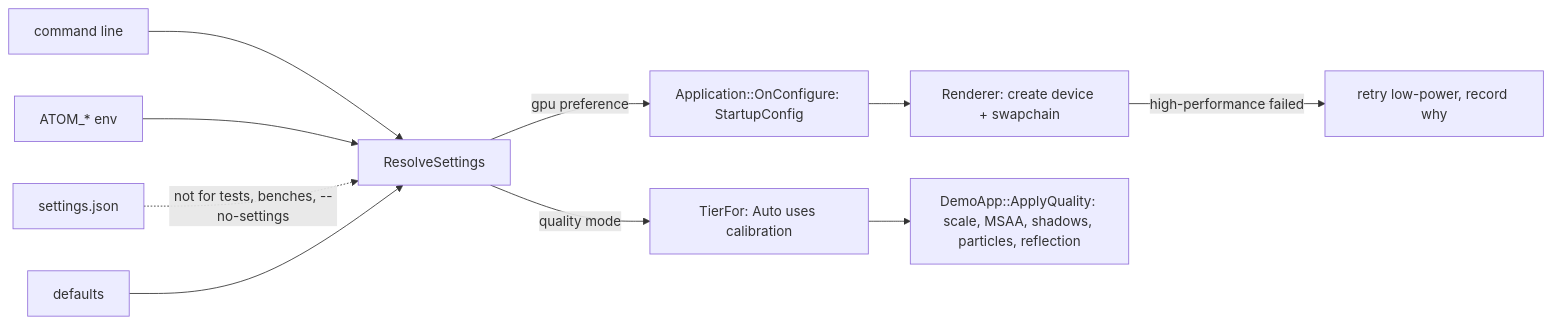
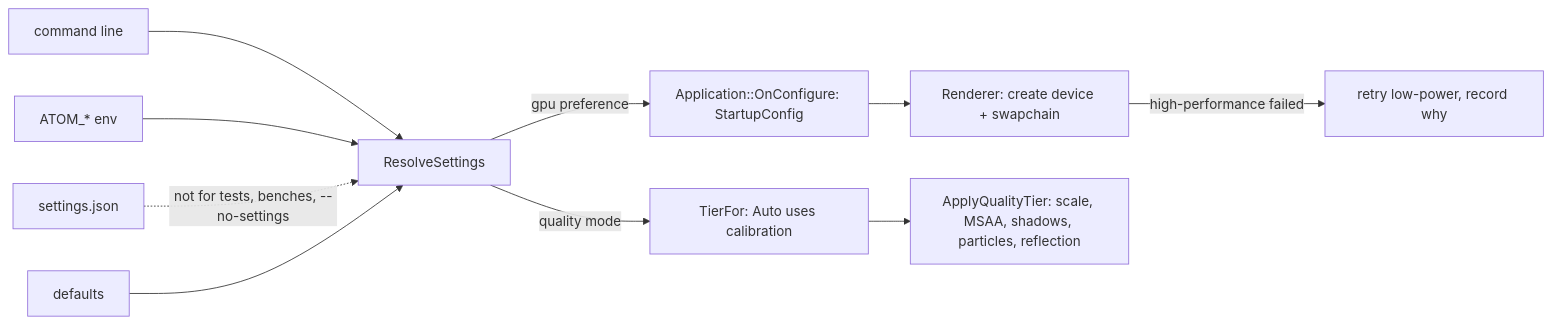
Before and after one commit to fgdoliveira/AtomEngine: the fifth of 6 diagrams in docs/Architecture.md, drawn with Mermaid. The commit also changed other lines of this file and 409 other files, not shown here.

````diff
--- a/docs/Architecture.md
+++ b/docs/Architecture.md
@@ -226,12 +230,12 @@
 ```mermaid
 flowchart LR
     CLI[command line] --> R[ResolveSettings]
     Env[ATOM_* env] --> R
     Saved[settings.json] -.->|not for tests, benches, --no-settings| R
     Def[defaults] --> R
     R -->|gpu preference| Cfg[Application::OnConfigure: StartupConfig]
     Cfg --> Dev[Renderer: create device + swapchain]
     Dev -->|high-performance failed| Retry[retry low-power, record why]
     R -->|quality mode| Tier[TierFor: Auto uses calibration]
-    Tier --> Apply[DemoApp::ApplyQuality: scale, MSAA, shadows, particles, reflection]
+    Tier --> Apply[ApplyQualityTier: scale, MSAA, shadows, particles, reflection]
 ```
````
